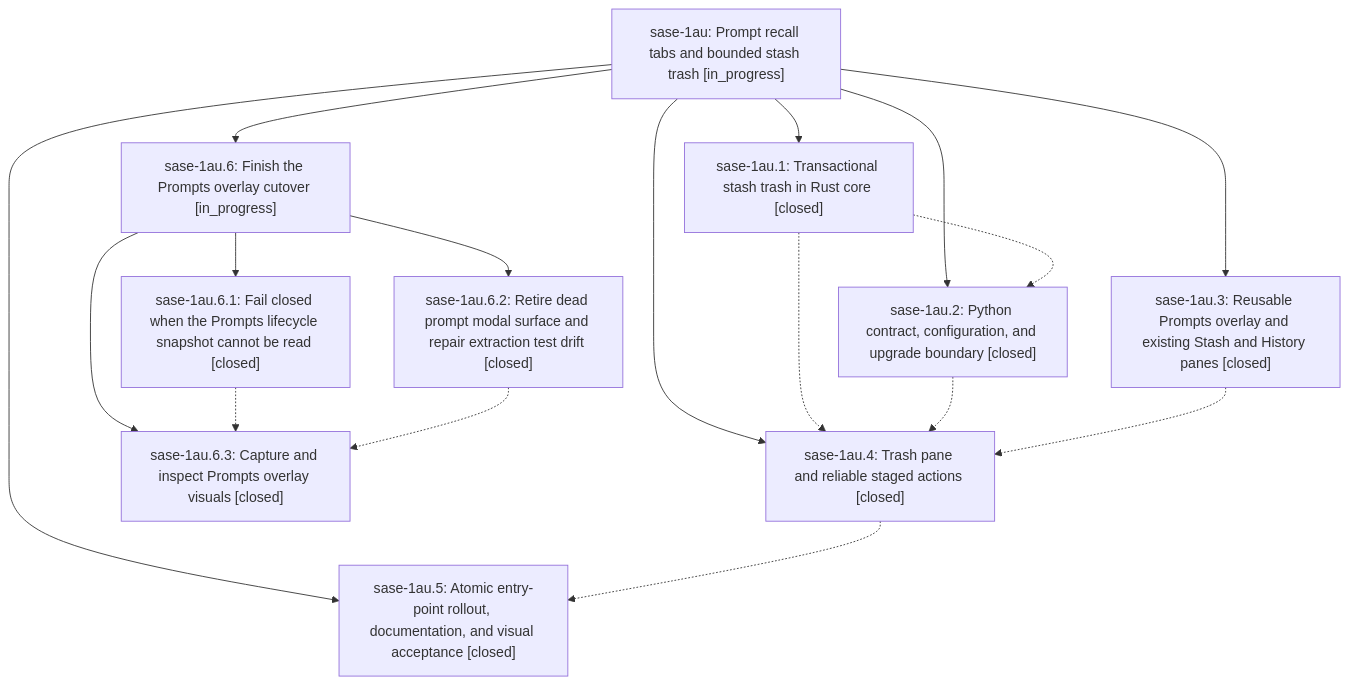
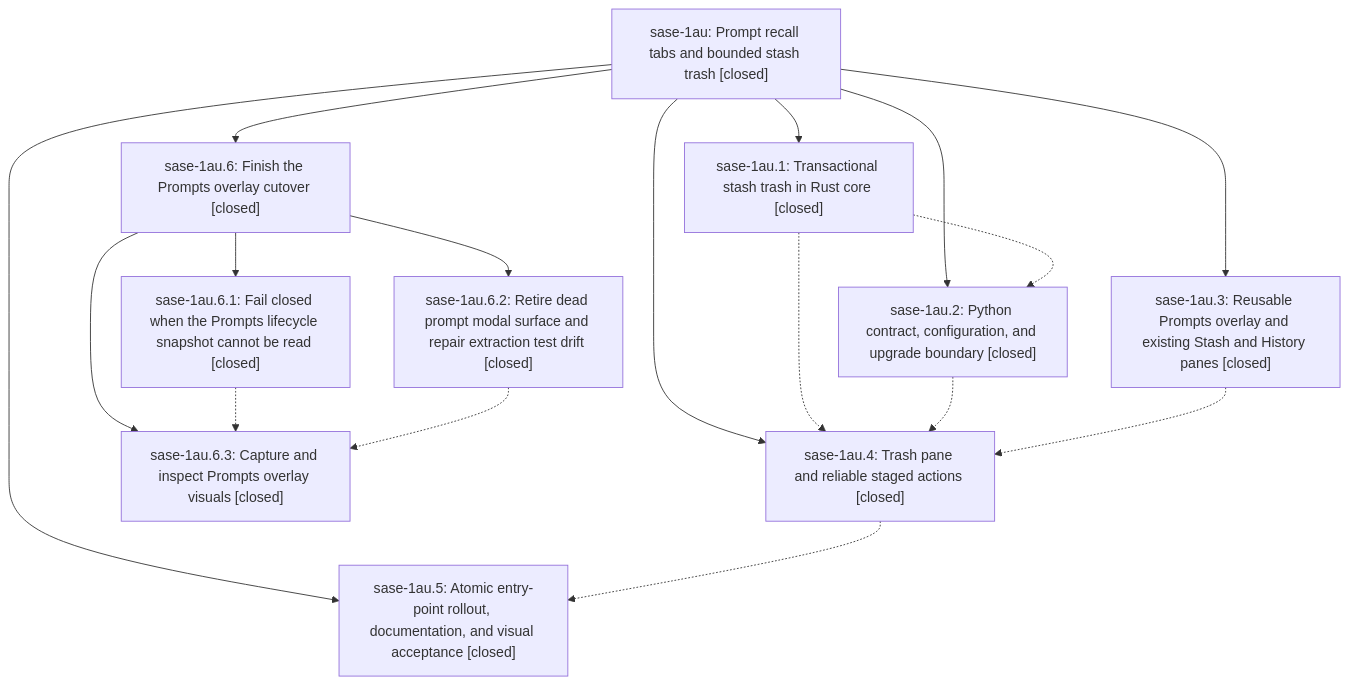
One commit to sase-org/sase--beads changed the diagram in pages/sase-1au/README.md. Above: the diagram before and after it, drawn with Mermaid. The commit also changed other lines of this file and 2 other files, not shown here.

First line of the commit message:
chore(beads): sync bead state and pages for sase-1au

````diff
--- a/pages/sase-1au/README.md
+++ b/pages/sase-1au/README.md
@@ -44,29 +46,29 @@
 ```mermaid
 flowchart TD
-    n0["sase-1au: Prompt recall tabs and bounded stash trash [in_progress]"]
+    n0["sase-1au: Prompt recall tabs and bounded stash trash [closed]"]
     n1["sase-1au.1: Transactional stash trash in Rust core [closed]"]
     n2["sase-1au.2: Python contract, configuration, and upgrade boundary [closed]"]
     n3["sase-1au.3: Reusable Prompts overlay and existing Stash and History panes [closed]"]
     n4["sase-1au.4: Trash pane and reliable staged actions [closed]"]
     n5["sase-1au.5: Atomic entry-point rollout, documentation, and visual acceptance [closed]"]
-    n6["sase-1au.6: Finish the Prompts overlay cutover [in_progress]"]
+    n6["sase-1au.6: Finish the Prompts overlay cutover [closed]"]
     n7["sase-1au.6.1: Fail closed when the Prompts lifecycle snapshot cannot be read [closed]"]
     n8["sase-1au.6.2: Retire dead prompt modal surface and repair extraction test drift [closed]"]
     n9["sase-1au.6.3: Capture and inspect Prompts overlay visuals [closed]"]
     n0 --> n1
     n0 --> n2
     n0 --> n3
     n0 --> n4
     n0 --> n5
     n0 --> n6
     n6 --> n7
     n6 --> n8
     n6 --> n9
     n1 -.-> n2
     n1 -.-> n4
     n2 -.-> n4
     n3 -.-> n4
     n4 -.-> n5
     n7 -.-> n9
     n8 -.-> n9
 ```
````
